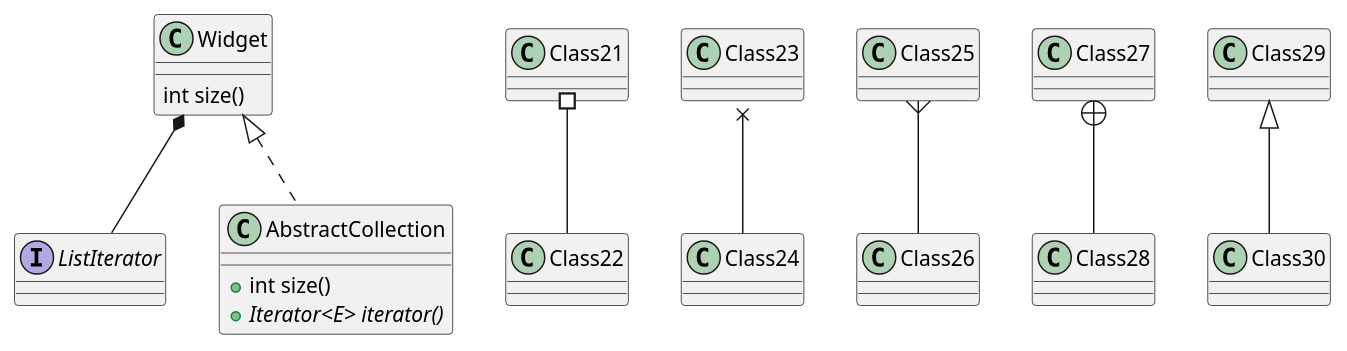
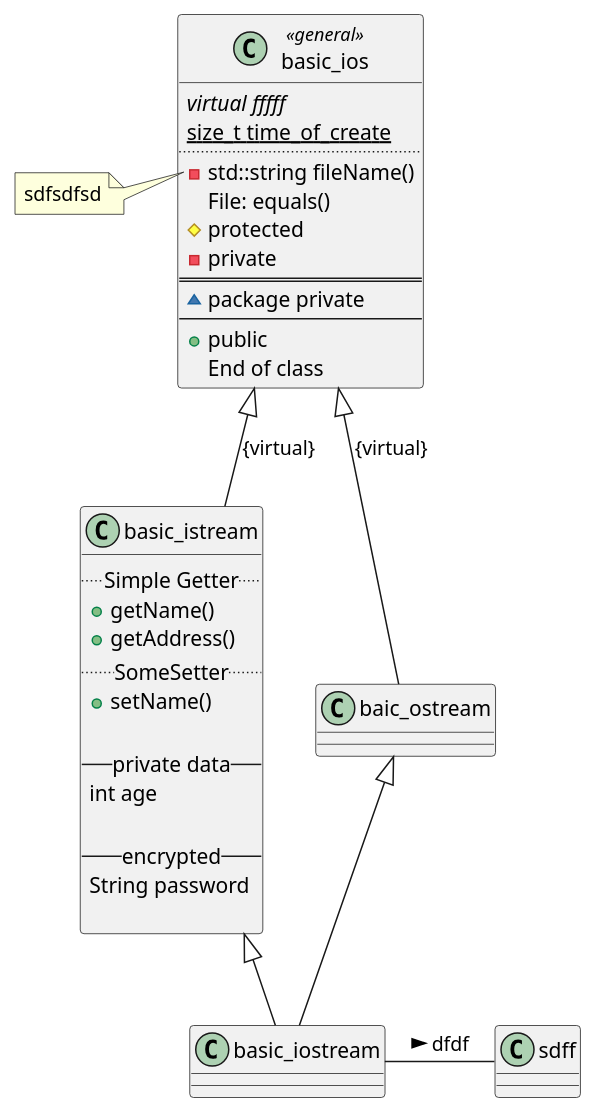
The first of 2 diagrams in test2.puml (a67878813/cplusplus_learn_tests), drawn with PlantUML before and after one commit. The commit also changed other lines of this file and 3 other files, not shown here.

```diff
--- a/test2.puml
+++ b/test2.puml
@@ -1,34 +1,94 @@
 @startuml
 
-interface ListIterator
+' interface ListIterator
 
-class Widget{
-    int size()
+' class Widget{
+'     int size()
 
-}
+' }
 
 ' abstract class AbstractCollection{
 '     {abstract} +int size()
 '     {abstract} +Iterator<E> iterator()
 ' }
 
 
-class AbstractCollection{
-    +int size()
-    {abstract} +Iterator<E> iterator()
+' class AbstractCollection{
+'     +int size()
+'     {abstract} +Iterator<E> iterator()
+' }
+
+class basic_ios <<general>> {
+    {abstract} virtual fffff
+    {static} size_t time_of_create
+    ..
+    -std::string fileName()
+    {field} File: equals() 
+    {method} #protected 
+    {method} -private  
+    ==
+    {method} ~ package private 
+    --
+    {method} + public 
+    End of class
+}
+' note left  : asdasdasdadasdas
+
+note left of basic_ios::fileName
+sdfsdfsd
+end note
+
+
+' - private 
+' # protected 
+' ~ package private 
+' + public 
+
+
+class basic_istream{
+    .. Simple Getter ..
+    + getName()
+    +getAddress()
+    ..SomeSetter ..
+    + setName()
+
+    -- private data  --
+    int age 
+
+    -- encrypted --
+    String password
+    
 }
 
+class baic_ostream{}
+
+class basic_iostream{}
+
+basic_ios <|-- baic_ostream: {virtual}
+basic_ios <|-- basic_istream :{virtual}
+baic_ostream <|-- basic_iostream
+basic_istream <|-- basic_iostream
+
+basic_iostream - sdff :> dfdf
+
+' <|--
+' *--
+' o--
+' <|..
+' *..
+' o..
 
 
+' Widget <|.. AbstractCollection
 
-Widget <|.. AbstractCollection
-
-Widget *-- ListIterator
+' Widget *-- ListIterator
 
 
-Class21 #-- Class22
-Class23 x-- Class24
-Class25 }-- Class26
-Class27 +-- Class28
-Class29 ^-- Class30
+' Class21 #-- Class22
+' Class23 x-- Class24
+' Class25 }-- Class26
+' Class27 +-- Class28
+' Class29 ^-- Class30
+
+
 @enduml
```
